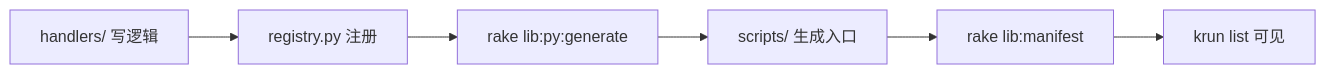
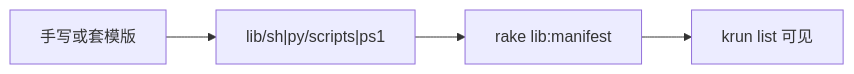
One commit to kevin197011/krun changed the fourth of 4 diagrams in README.md. Above: the diagram before and after it, drawn with Mermaid. The commit also changed other lines of this file and 112 other files, not shown here.

````diff
--- a/README.md
+++ b/README.md
@@ -150,8 +98,6 @@
 ```mermaid
 flowchart LR
-    A["handlers/ 写逻辑"] --> B["registry.py 注册"]
-    B --> C["rake lib:py:generate"]
-    C --> D["scripts/ 生成入口"]
-    D --> E["rake lib:manifest"]
-    E --> F["krun list 可见"]
+    A["手写或套模版"] --> B["lib/sh|py/scripts|ps1"]
+    B --> C["rake lib:manifest"]
+    C --> D["krun list 可见"]
 ```
````
